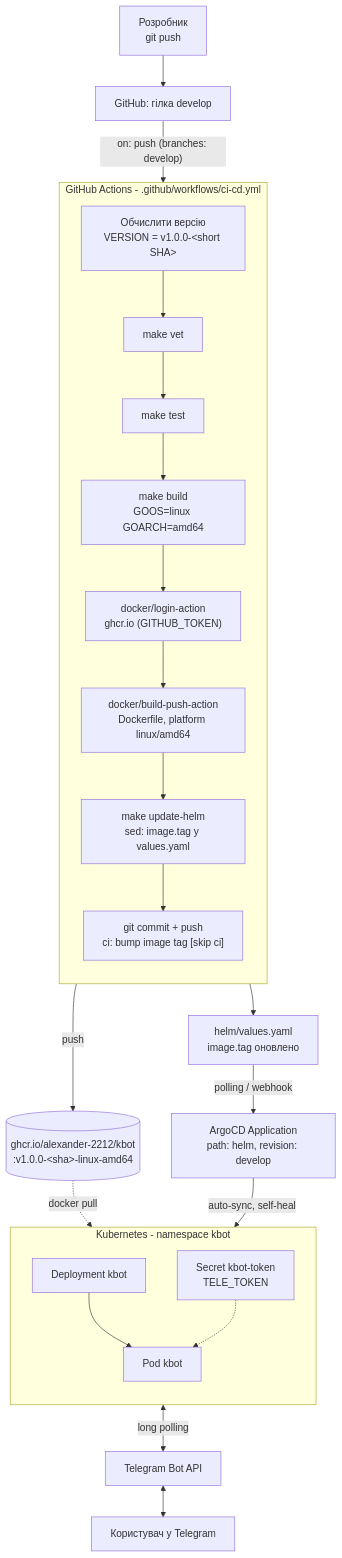
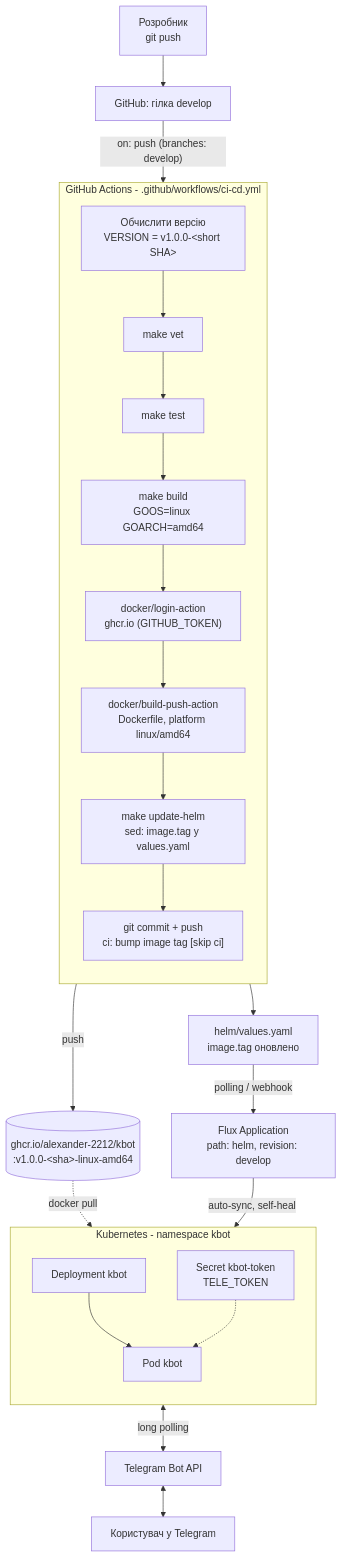
One commit to Alexander-2212/kbot changed the first of 2 diagrams in README.md. Above: the diagram before and after it, drawn with Mermaid. The commit also changed other lines of this file and 2 other files, not shown here.

First line of the commit message:
Replace ArgoCD with Flux

````diff
--- a/README.md
+++ b/README.md
@@ -22,33 +22,33 @@
 ```mermaid
 flowchart TD
     dev["Розробник<br/>git push"] --> develop["GitHub: гілка develop"]
 
     develop -->|"on: push (branches: develop)"| wf
 
     subgraph wf["GitHub Actions - .github/workflows/ci-cd.yml"]
         direction TB
         meta["Обчислити версію<br/>VERSION = v1.0.0-&lt;short SHA&gt;"] --> vet["make vet"]
         vet --> test["make test"]
         test --> build["make build<br/>GOOS=linux GOARCH=amd64"]
         build --> login["docker/login-action<br/>ghcr.io (GITHUB_TOKEN)"]
         login --> img["docker/build-push-action<br/>Dockerfile, platform linux/amd64"]
         img --> bump["make update-helm<br/>sed: image.tag у values.yaml"]
         bump --> commit["git commit + push<br/>ci: bump image tag [skip ci]"]
     end
 
     img -->|push| ghcr[("ghcr.io/alexander-2212/kbot<br/>:v1.0.0-&lt;sha&gt;-linux-amd64")]
     commit --> chart["helm/values.yaml<br/>image.tag оновлено"]
 
-    chart -->|"polling / webhook"| argo["ArgoCD Application<br/>path: helm, revision: develop"]
+    chart -->|"polling / webhook"| argo["Flux Application<br/>path: helm, revision: develop"]
     argo -->|"auto-sync, self-heal"| k8s
 
     subgraph k8s["Kubernetes - namespace kbot"]
         direction TB
         deploy["Deployment kbot"] --> pod["Pod kbot"]
         secret["Secret kbot-token<br/>TELE_TOKEN"] -.-> pod
     end
 
     ghcr -.->|"docker pull"| pod
     pod <-->|"long polling"| tg["Telegram Bot API"]
     tg <--> user["Користувач у Telegram"]
 ```
````
